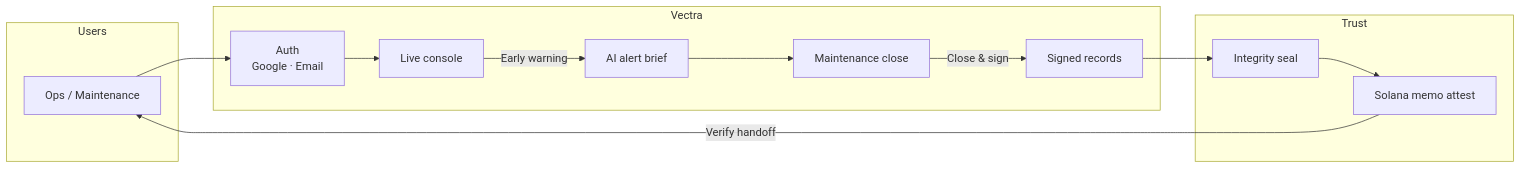
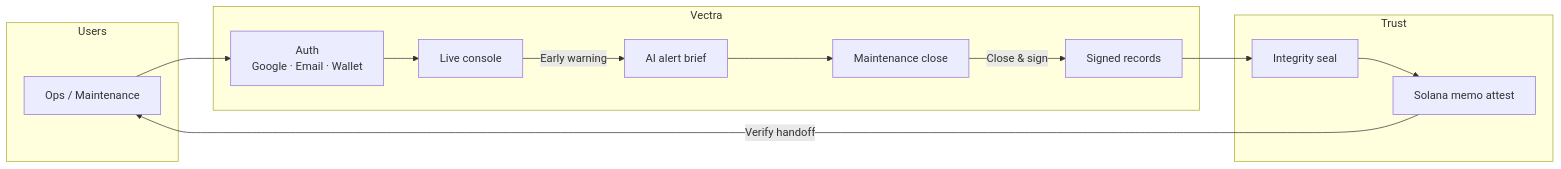
The first of 2 diagrams in README.md (thesithunyein/vectra), drawn with Mermaid before and after one commit. The commit also changed other lines of this file and 2 other files, not shown here.

````diff
--- a/README.md
+++ b/README.md
@@ -40,26 +44,26 @@
 ```mermaid
 flowchart LR
   subgraph Users
     U[Ops / Maintenance]
   end
 
   subgraph Vectra
-    A[Auth<br/>Google · Email]
+    A[Auth<br/>Google · Email · Wallet]
     C[Live console]
     AI[AI alert brief]
     M[Maintenance close]
     R[Signed records]
   end
 
   subgraph Trust
     S[Integrity seal]
     CH[Solana memo attest]
   end
 
   U --> A --> C
   C -->|Early warning| AI
   AI --> M
   M -->|Close & sign| R
   R --> S --> CH
   CH -->|Verify handoff| U
 ```
````
